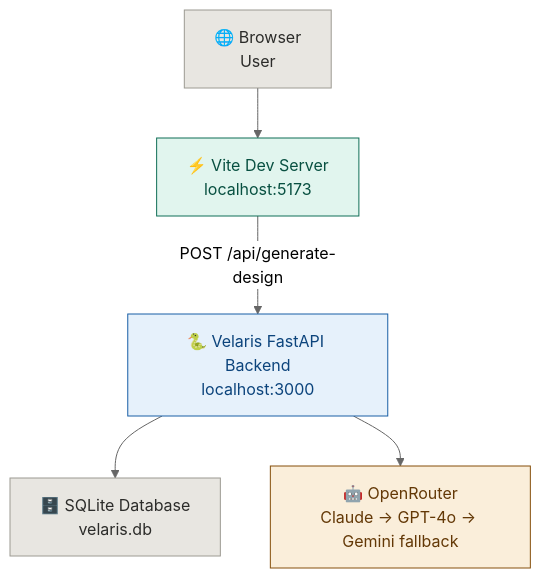
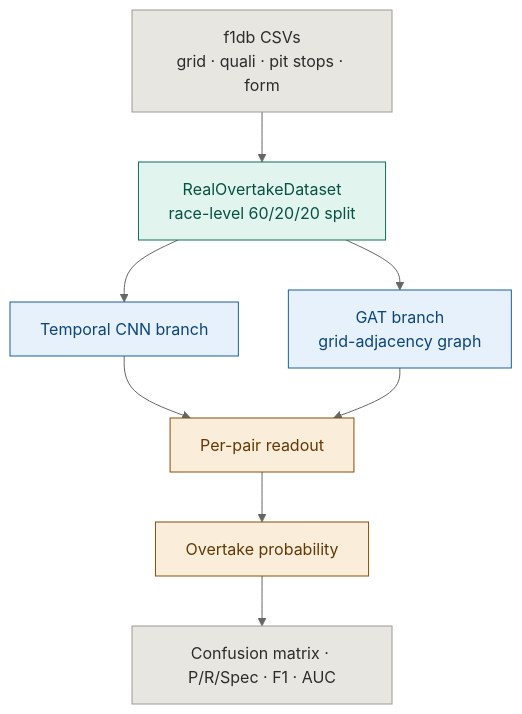
The diagram in README.md (ria0304/Velaris-From-Inspiration-to-Jewellery-Design), drawn with Mermaid (neutral theme) before and after one commit. The commit also changed other lines of this file, not shown here.

````diff
--- a/README.md
+++ b/README.md
@@ -188,18 +88,21 @@
 ```mermaid
 flowchart TD
-    A["🌐 Browser\nUser"]:::gray
-    B["⚡ Vite Dev Server\nlocalhost:5173"]:::teal
-    C["🐍 Velaris FastAPI Backend\nlocalhost:3000"]:::blue
-    D["🗄️ SQLite Database\nvelaris.db"]:::gray
-    E["🤖 OpenRouter\nClaude → GPT-4o → Gemini fallback"]:::amber
+    A["f1db CSVs\ngrid · quali · pit stops · form"]:::gray
+    B["RealOvertakeDataset\nrace-level 60/20/20 split"]:::teal
+    C["Temporal CNN branch"]:::blue
+    D["GAT branch\ngrid-adjacency graph"]:::blue
+    E["Per-pair readout"]:::amber
+    F["Overtake probability"]:::amber
+    G["Confusion matrix · P/R/Spec · F1 · AUC"]:::gray
 
-    A --> B
-    B -->|"POST /api/generate-design"| C
-    C --> D
+    A --> B --> C
+    B --> D
     C --> E
+    D --> E
+    E --> F --> G
 
     classDef gray   fill:#e8e6e1,stroke:#9c9a92,color:#2C2C2A
     classDef teal   fill:#E1F5EE,stroke:#0F6E56,color:#085041
     classDef blue   fill:#E6F1FB,stroke:#185FA5,color:#0C447C
     classDef amber  fill:#FAEEDA,stroke:#854F0B,color:#633806
 ```
````
